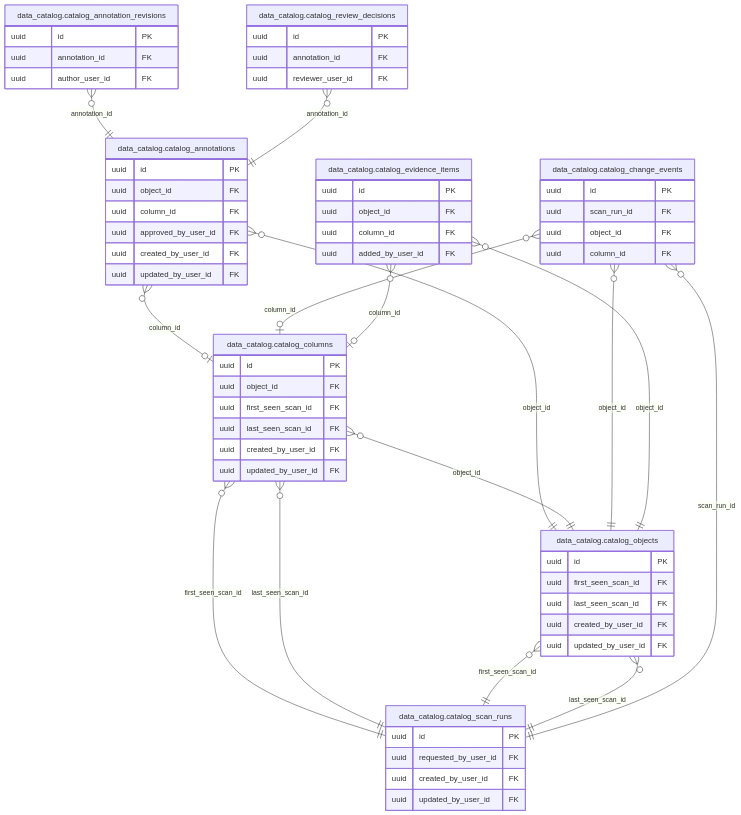
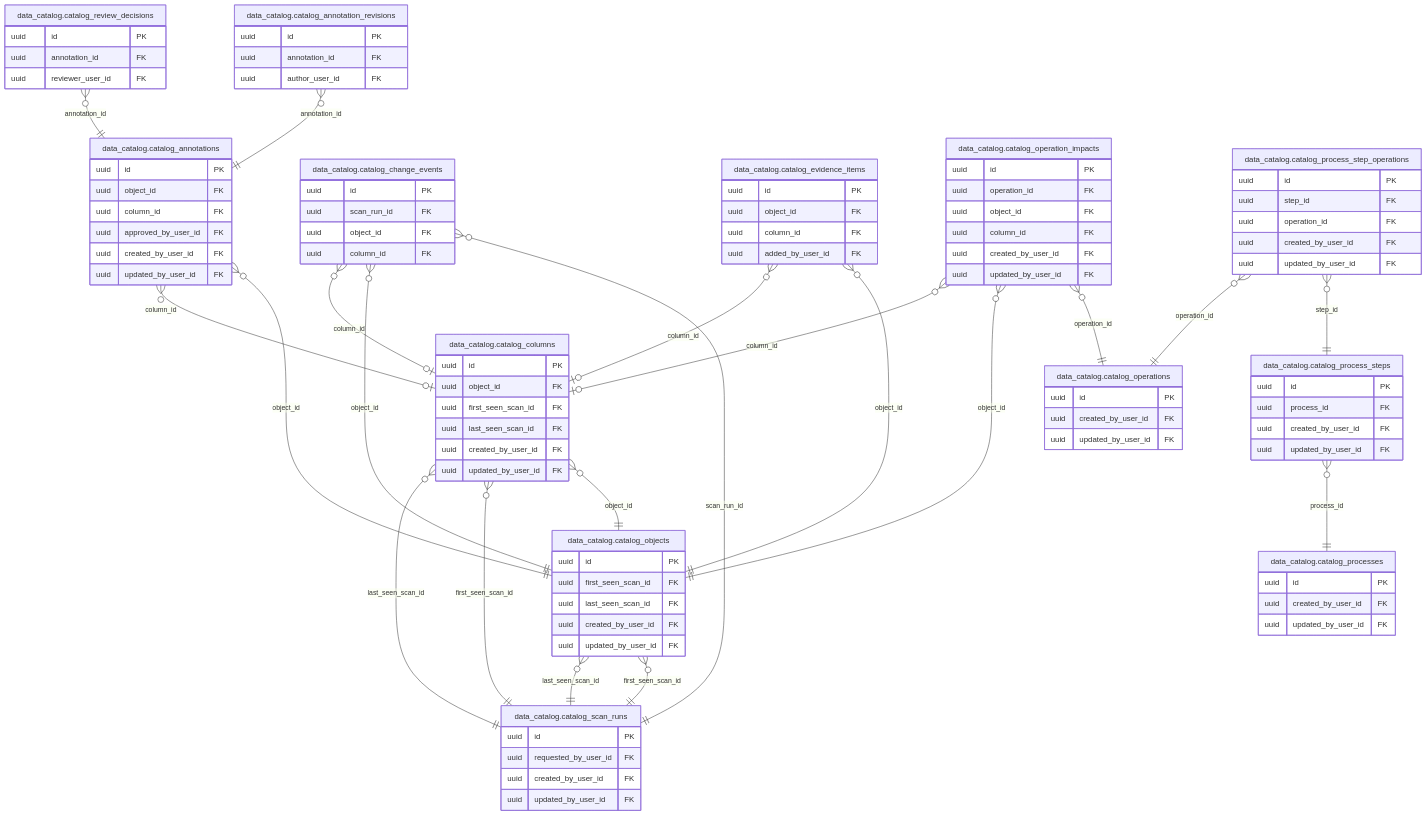
Before and after one commit to mdavila-2001/mantra-core-health-api: the diagram in docs/inventario/catalogo/data_catalog.md, drawn with Mermaid. The commit also changed other lines of this file and 1040 other files, not shown here.

````diff
--- a/docs/inventario/catalogo/data_catalog.md
+++ b/docs/inventario/catalogo/data_catalog.md
@@ -72,9 +77,40 @@
     uuid column_id FK
     uuid added_by_user_id FK
   }
+  data_catalog_catalog_operation_impacts["data_catalog.catalog_operation_impacts"] {
+    uuid id PK
+    uuid operation_id FK
+    uuid object_id FK
+    uuid column_id FK
+    uuid created_by_user_id FK
+    uuid updated_by_user_id FK
+  }
   data_catalog_catalog_scan_runs["data_catalog.catalog_scan_runs"] {
     uuid id PK
     uuid requested_by_user_id FK
+    uuid created_by_user_id FK
+    uuid updated_by_user_id FK
+  }
+  data_catalog_catalog_operations["data_catalog.catalog_operations"] {
+    uuid id PK
+    uuid created_by_user_id FK
+    uuid updated_by_user_id FK
+  }
+  data_catalog_catalog_process_step_operations["data_catalog.catalog_process_step_operations"] {
+    uuid id PK
+    uuid step_id FK
+    uuid operation_id FK
+    uuid created_by_user_id FK
+    uuid updated_by_user_id FK
+  }
+  data_catalog_catalog_process_steps["data_catalog.catalog_process_steps"] {
+    uuid id PK
+    uuid process_id FK
+    uuid created_by_user_id FK
+    uuid updated_by_user_id FK
+  }
+  data_catalog_catalog_processes["data_catalog.catalog_processes"] {
+    uuid id PK
     uuid created_by_user_id FK
     uuid updated_by_user_id FK
   }
@@ -92,4 +128,10 @@
   data_catalog_catalog_change_events }o--o| data_catalog_catalog_columns : "column_id"
   data_catalog_catalog_evidence_items }o--|| data_catalog_catalog_objects : "object_id"
   data_catalog_catalog_evidence_items }o--o| data_catalog_catalog_columns : "column_id"
+  data_catalog_catalog_operation_impacts }o--|| data_catalog_catalog_operations : "operation_id"
+  data_catalog_catalog_operation_impacts }o--|| data_catalog_catalog_objects : "object_id"
+  data_catalog_catalog_operation_impacts }o--o| data_catalog_catalog_columns : "column_id"
+  data_catalog_catalog_process_step_operations }o--|| data_catalog_catalog_process_steps : "step_id"
+  data_catalog_catalog_process_step_operations }o--|| data_catalog_catalog_operations : "operation_id"
+  data_catalog_catalog_process_steps }o--|| data_catalog_catalog_processes : "process_id"
 ```
````
